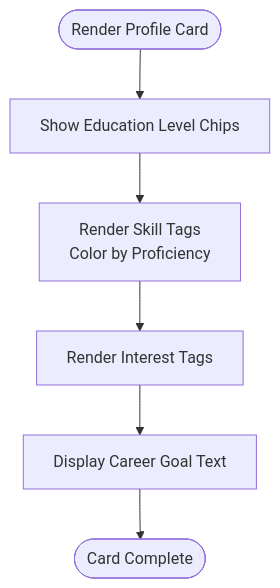
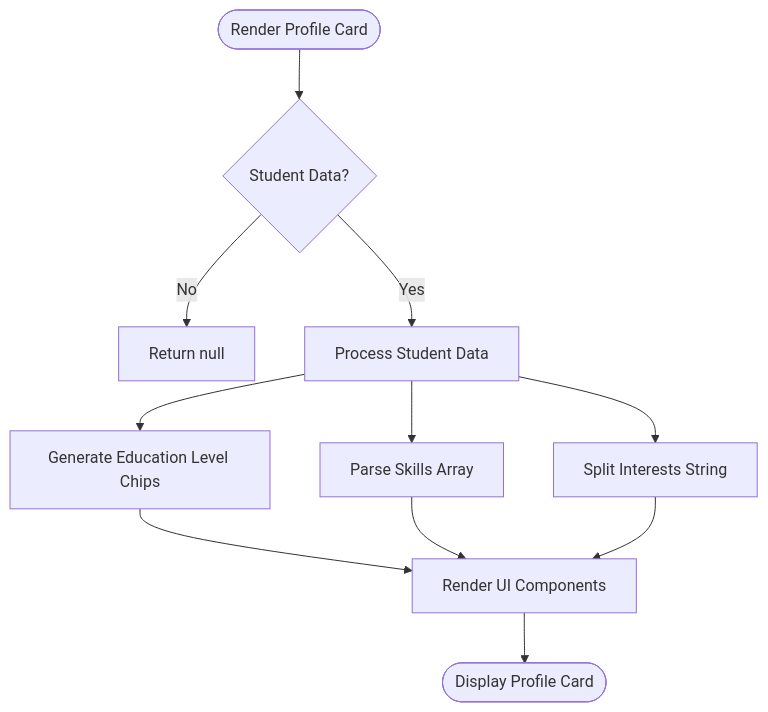
One commit to Alishba-Moin/CareerCompass changed the third of 6 diagrams in .qoder/repowiki/en/content/Core Features/Profile Management System.md. Above: the diagram before and after it, drawn with Mermaid. The commit also changed other lines of this file and 38 other files, not shown here.

Commit message:
Add Roadmap pdf download option

````diff
--- a/.qoder/repowiki/en/content/Core Features/Profile Management System.md
+++ b/.qoder/repowiki/en/content/Core Features/Profile Management System.md
@@ -127,8 +232,13 @@
 ```mermaid
 flowchart TD
-Start(["Render Profile Card"]) --> Edu["Show Education Level Chips"]
-Edu --> Skills["Render Skill Tags<br/>Color by Proficiency"]
-Skills --> Interests["Render Interest Tags"]
-Interests --> Goal["Display Career Goal Text"]
-Goal --> End(["Card Complete"])
+Start(["Render Profile Card"]) --> Check{"Student Data?"}
+Check --> |No| Return["Return null"]
+Check --> |Yes| Process["Process Student Data"]
+Process --> Skills["Parse Skills Array"]
+Process --> Interests["Split Interests String"]
+Process --> Levels["Generate Education Level Chips"]
+Levels --> Render["Render UI Components"]
+Skills --> Render
+Interests --> Render
+Render --> End(["Display Profile Card"])
 ```
````
